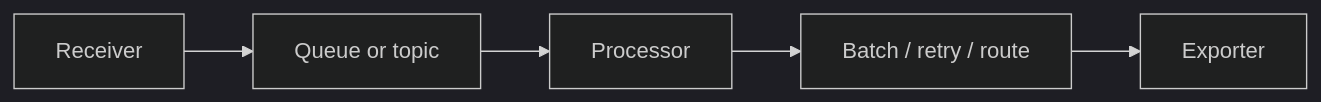
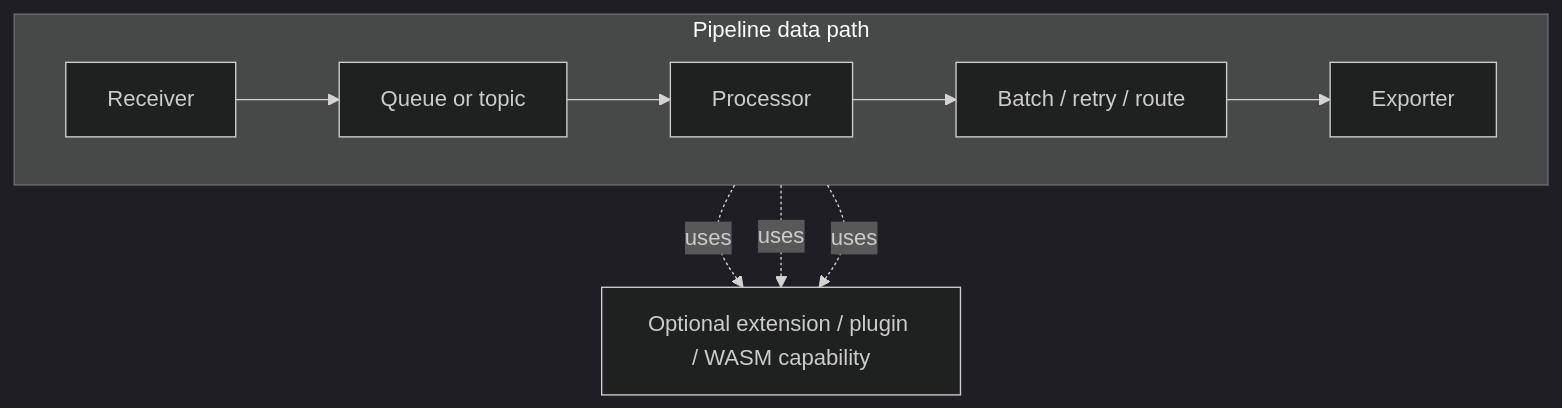
Before and after one commit to open-telemetry/otel-arrow: the first of 4 diagrams in rust/otap-dataflow/docs/observe-only-retained-work-budgeting.md, drawn with Mermaid (dark theme). The commit also changed other lines of this file, not shown here.

Commit message:
docs: clarify observe-only ownership diagrams

````diff
--- a/rust/otap-dataflow/docs/observe-only-retained-work-budgeting.md
+++ b/rust/otap-dataflow/docs/observe-only-retained-work-budgeting.md
@@ -71,7 +66,15 @@
 ```mermaid
-flowchart LR
-    R[Receiver] --> Q[Queue or topic]
-    Q --> P[Processor]
-    P --> B[Batch / retry / route]
-    B --> E[Exporter]
+flowchart TB
+    subgraph DataPath[Pipeline data path]
+        direction LR
+        R[Receiver] --> Q[Queue or topic]
+        Q --> P[Processor]
+        P --> B[Batch / retry / route]
+        B --> E[Exporter]
+    end
+
+    X[Optional extension / plugin / WASM capability]
+    R -. uses .-> X
+    P -. uses .-> X
+    E -. uses .-> X
 ```
````
